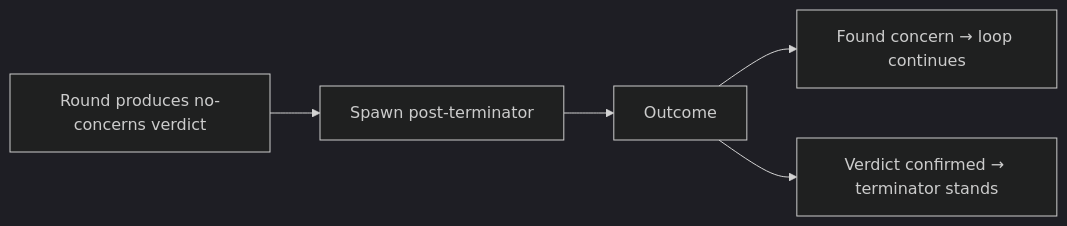
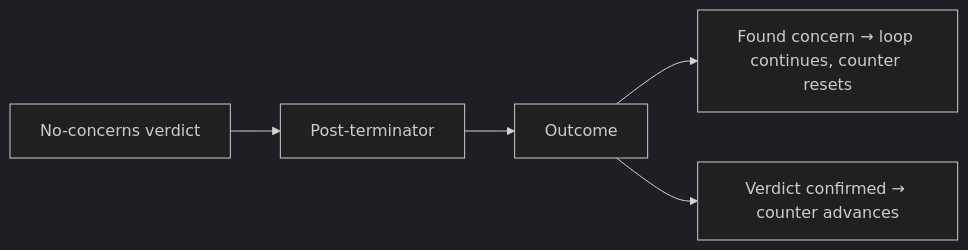
The diagram in POST-TERMINATOR.md (1qh/lens), drawn with Mermaid (dark theme) before and after one commit. The commit also changed other lines of this file and 14 other files, not shown here.

````diff
--- a/POST-TERMINATOR.md
+++ b/POST-TERMINATOR.md
@@ -19,7 +19,7 @@
 ```mermaid
 flowchart LR
-    Round[Round produces no-concerns verdict] --> PostTerm[Spawn post-terminator]
-    PostTerm --> Outcome
-    Outcome --> Disproved[Found concern → loop continues]
-    Outcome --> Confirmed[Verdict confirmed → terminator stands]
+    Verdict[No-concerns verdict] --> PT[Post-terminator]
+    PT --> Outcome
+    Outcome --> Disproved[Found concern → loop continues, counter resets]
+    Outcome --> Confirmed[Verdict confirmed → counter advances]
 ```
````
